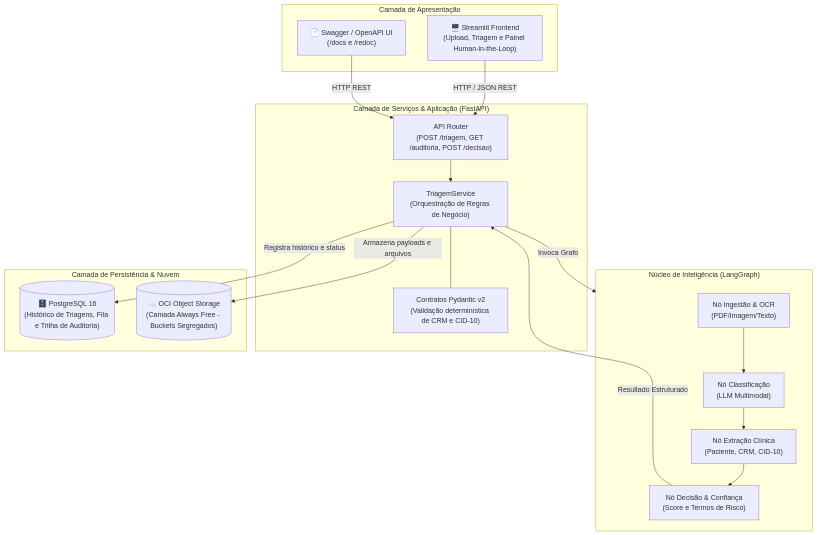
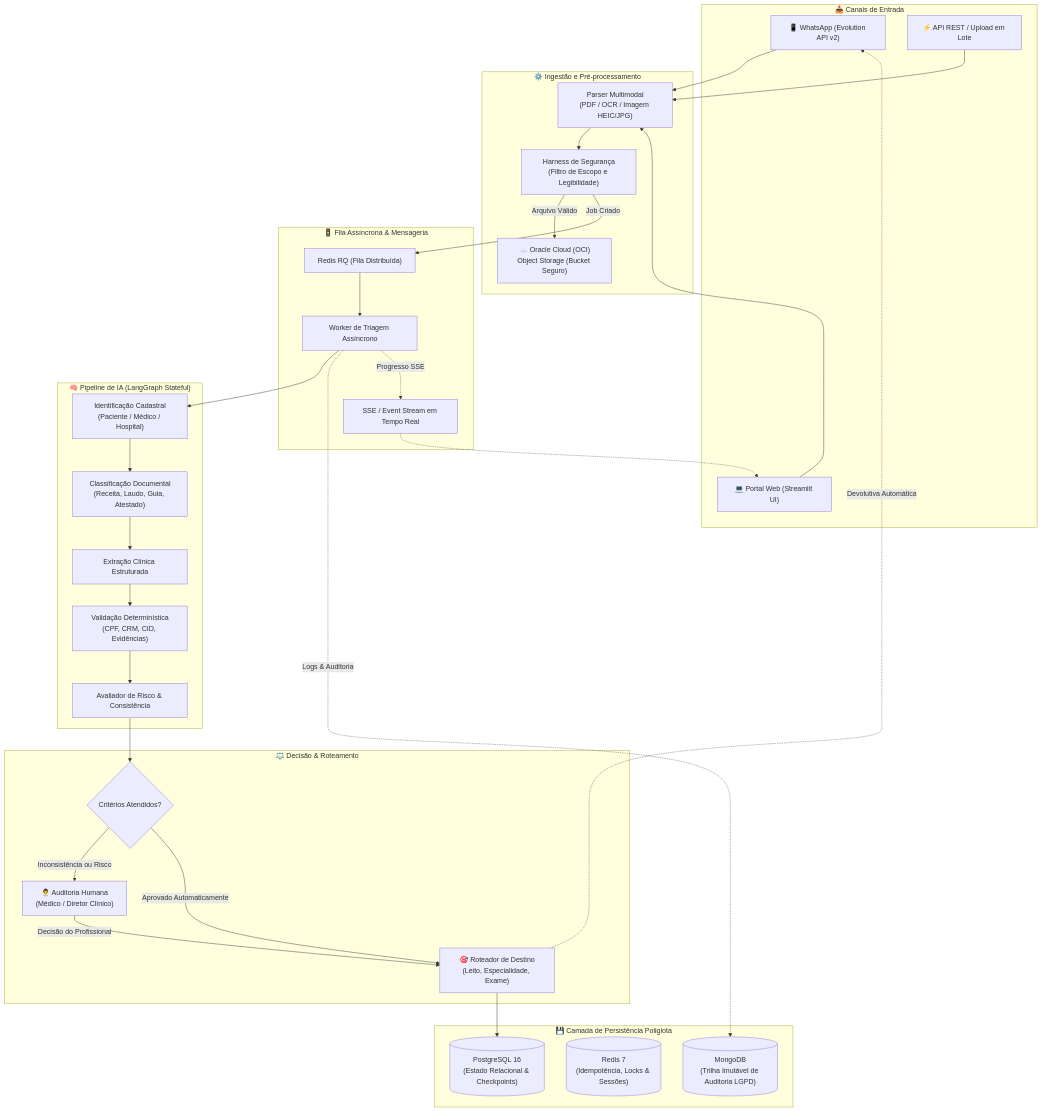
One commit to No-Country-simulation/G10-BRASIL-05 changed the diagram in README.md. Above: the diagram before and after it, drawn with Mermaid. The commit also changed other lines of this file, not shown here.

````diff
--- a/README.md
+++ b/README.md
@@ -76,35 +37,62 @@
 ```mermaid
-flowchart TB
-    subgraph Client["Camada de Apresentação"]
-        UI["🖥️ Streamlit Frontend\n(Upload, Triagem e Painel Human-in-the-Loop)"]
-        SWAGGER["📄 Swagger / OpenAPI UI\n(/docs e /redoc)"]
+flowchart TD
+    subgraph Canais["📥 Canais de Entrada"]
+        WPP["📱 WhatsApp (Evolution API v2)"]
+        WEB["💻 Portal Web (Streamlit UI)"]
+        API_IN["⚡ API REST / Upload em Lote"]
     end
 
-    subgraph BackendAPI["Camada de Serviços & Aplicação (FastAPI)"]
-        ROUTER["API Router\n(POST /triagem, GET /auditoria, POST /decisao)"]
-        SERVICE["TriagemService\n(Orquestração de Regras de Negócio)"]
-        SCHEMAS["Contratos Pydantic v2\n(Validação determinística de CRM e CID-10)"]
+    subgraph Ingestao["⚙️ Ingestão e Pré-processamento"]
+        PARSER["Parser Multimodal\n(PDF / OCR / Imagem HEIC/JPG)"]
+        GATE["Harness de Segurança\n(Filtro de Escopo e Legibilidade)"]
+        OCI["☁️ Oracle Cloud (OCI)\nObject Storage (Bucket Seguro)"]
     end
 
-    subgraph AgentCore["Núcleo de Inteligência (LangGraph)"]
-        INGEST["Nó Ingestão & OCR\n(PDF/Imagem/Texto)"]
-        CLASSIFY["Nó Classificação\n(LLM Multimodal)"]
-        EXTRACT["Nó Extração Clínica\n(Paciente, CRM, CID-10)"]
-        DECIDE["Nó Decisão & Confiança\n(Score e Termos de Risco)"]
+    subgraph FilaAsync["🚦 Fila Assíncrona & Mensageria"]
+        RQ["Redis RQ (Fila Distribuída)"]
+        WORKER["Worker de Triagem Assíncrono"]
+        SSE["SSE / Event Stream em Tempo Real"]
     end
 
-    subgraph DataLayer["Camada de Persistência & Nuvem"]
-        POSTGRES[("🗄️ PostgreSQL 16\n(Histórico de Triagens, Fila e Trilha de Auditoria)")]
-        OCI[("☁️ OCI Object Storage\n(Camada Always Free - Buckets Segregados)")]
+    subgraph GrafoIA["🧠 Pipeline de IA (LangGraph Stateful)"]
+        N1["Identificação Cadastral\n(Paciente / Médico / Hospital)"]
+        N2["Classificação Documental\n(Receita, Laudo, Guia, Atestado)"]
+        N3["Extração Clínica Estruturada"]
+        N4["Validação Determinística\n(CPF, CRM, CID, Evidências)"]
+        N5["Avaliador de Risco & Consistência"]
     end
 
-    UI -->|"HTTP / JSON REST"| ROUTER
-    SWAGGER -->|"HTTP REST"| ROUTER
-    ROUTER --> SERVICE
-    SERVICE --- SCHEMAS
-    SERVICE -->|"Invoca Grafo"| AgentCore
-    INGEST --> CLASSIFY --> EXTRACT --> DECIDE
-    DECIDE -->|"Resultado Estruturado"| SERVICE
-    SERVICE -->|"Registra histórico e status"| POSTGRES
-    SERVICE -->|"Armazena payloads e arquivos"| OCI
+    subgraph Decisao["⚖️ Decisão & Roteamento"]
+        HITL{"Critérios Atendidos?"}
+        AUDITORIA["👨‍⚕️ Auditoria Humana\n(Médico / Diretor Clínico)"]
+        ROTEADOR["🎯 Roteador de Destino\n(Leito, Especialidade, Exame)"]
+    end
+
+    subgraph Persistencia["💾 Camada de Persistência Poliglota"]
+        PG[("PostgreSQL 16\n(Estado Relacional & Checkpoints)")]
+        REDIS[("Redis 7\n(Idempotência, Locks & Sessões)")]
+        MONGO[("MongoDB\n(Trilha Imutável de Auditoria LGPD)")]
+    end
+
+    WPP --> PARSER
+    WEB --> PARSER
+    API_IN --> PARSER
+
+    PARSER --> GATE
+    GATE -->|Arquivo Válido| OCI
+    GATE -->|Job Criado| RQ
+    RQ --> WORKER
+
+    WORKER --> N1
+    N1 --> N2 --> N3 --> N4 --> N5 --> HITL
+
+    HITL -->|Inconsistência ou Risco| AUDITORIA
+    HITL -->|Aprovado Automaticamente| ROTEADOR
+    AUDITORIA -->|Decisão do Profissional| ROTEADOR
+
+    ROTEADOR --> PG
+    WORKER -.->|Logs & Auditoria| MONGO
+    WORKER -.->|Progresso SSE| SSE
+    SSE -.-> WEB
+    ROTEADOR -.->|Devolutiva Automática| WPP
 ```
````
